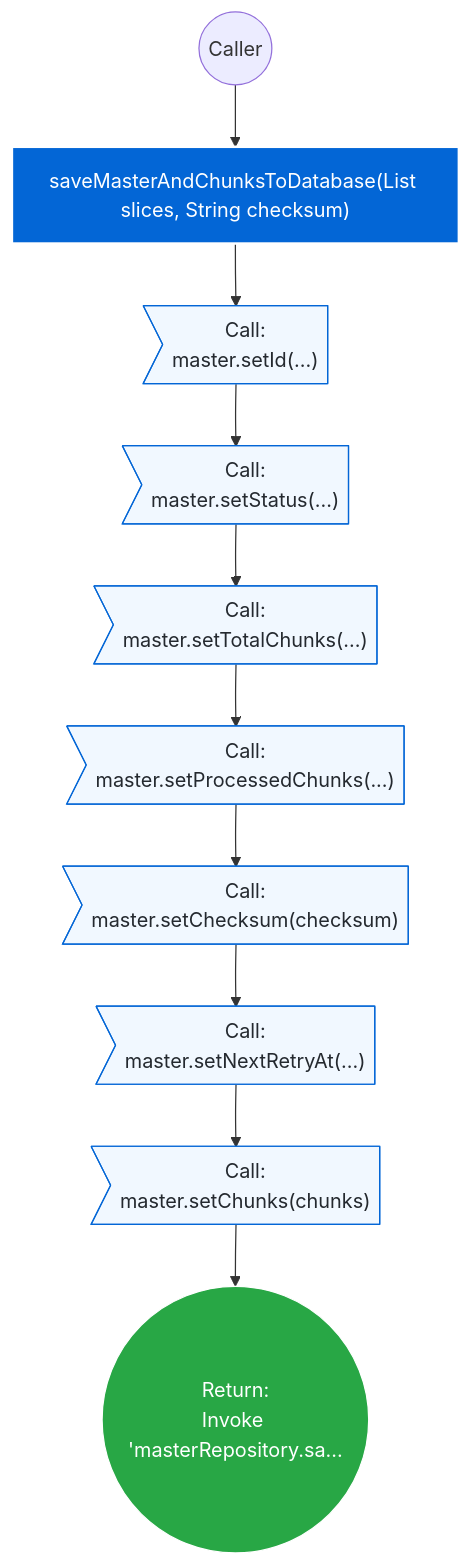
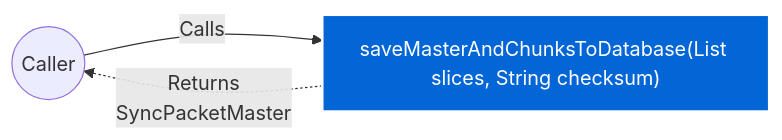
One commit to FelipeMCassiano/geanky changed the tenth of 15 diagrams in docs/CloudSyncUploadService.md. Above: the diagram before and after it, drawn with Mermaid. The commit also changed other lines of this file and 6 other files, not shown here.

````diff
--- a/docs/CloudSyncUploadService.md
+++ b/docs/CloudSyncUploadService.md
@@ -767,18 +874,9 @@
 ```mermaid
-flowchart TD
+flowchart LR
     classDef methodNode fill:#0366d6,stroke:#fff,stroke-width:2px,color:#fff;
-    classDef callNode fill:#f1f8ff,stroke:#0366d6,color:#24292f;
-    classDef ifNode fill:#fff8c5,stroke:#d73a49,color:#24292f;
-    classDef retNode fill:#28a745,stroke:#fff,color:#fff;
+    Caller(("Caller"))
+    Method["saveMasterAndChunksToDatabase(List<byte[]> slices, String checksum)"]:::methodNode
 
-    START(("Caller")) --> M_ENTRY["saveMasterAndChunksToDatabase(List<byte[]> slices, String checksum)"]:::methodNode
-    M_ENTRY --> N1>"Call:<br>master.setId(...)"]:::callNode
-    N1 --> N2>"Call:<br>master.setStatus(...)"]:::callNode
-    N2 --> N3>"Call:<br>master.setTotalChunks(...)"]:::callNode
-    N3 --> N4>"Call:<br>master.setProcessedChunks(...)"]:::callNode
-    N4 --> N5>"Call:<br>master.setChecksum(checksum)"]:::callNode
-    N5 --> N6>"Call:<br>master.setNextRetryAt(...)"]:::callNode
-    N6 --> N7>"Call:<br>master.setChunks(chunks)"]:::callNode
-    N7 --> N8(("Return:<br>Invoke 'masterRepository.sa...")):::retNode
-
+    Caller -- "Calls" --> Method
+    Method -. "Returns<br>SyncPacketMaster" .-> Caller
 ```
````
